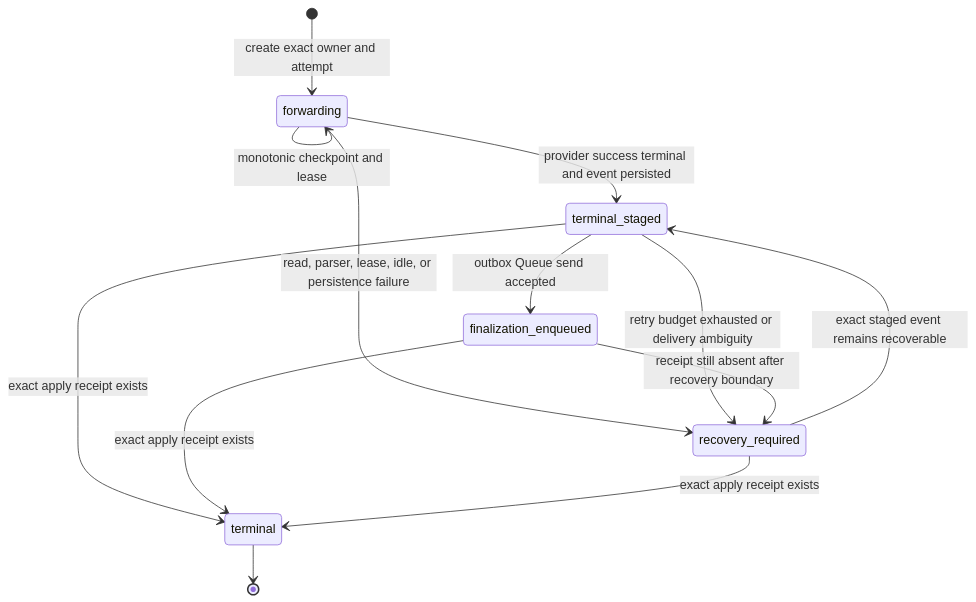
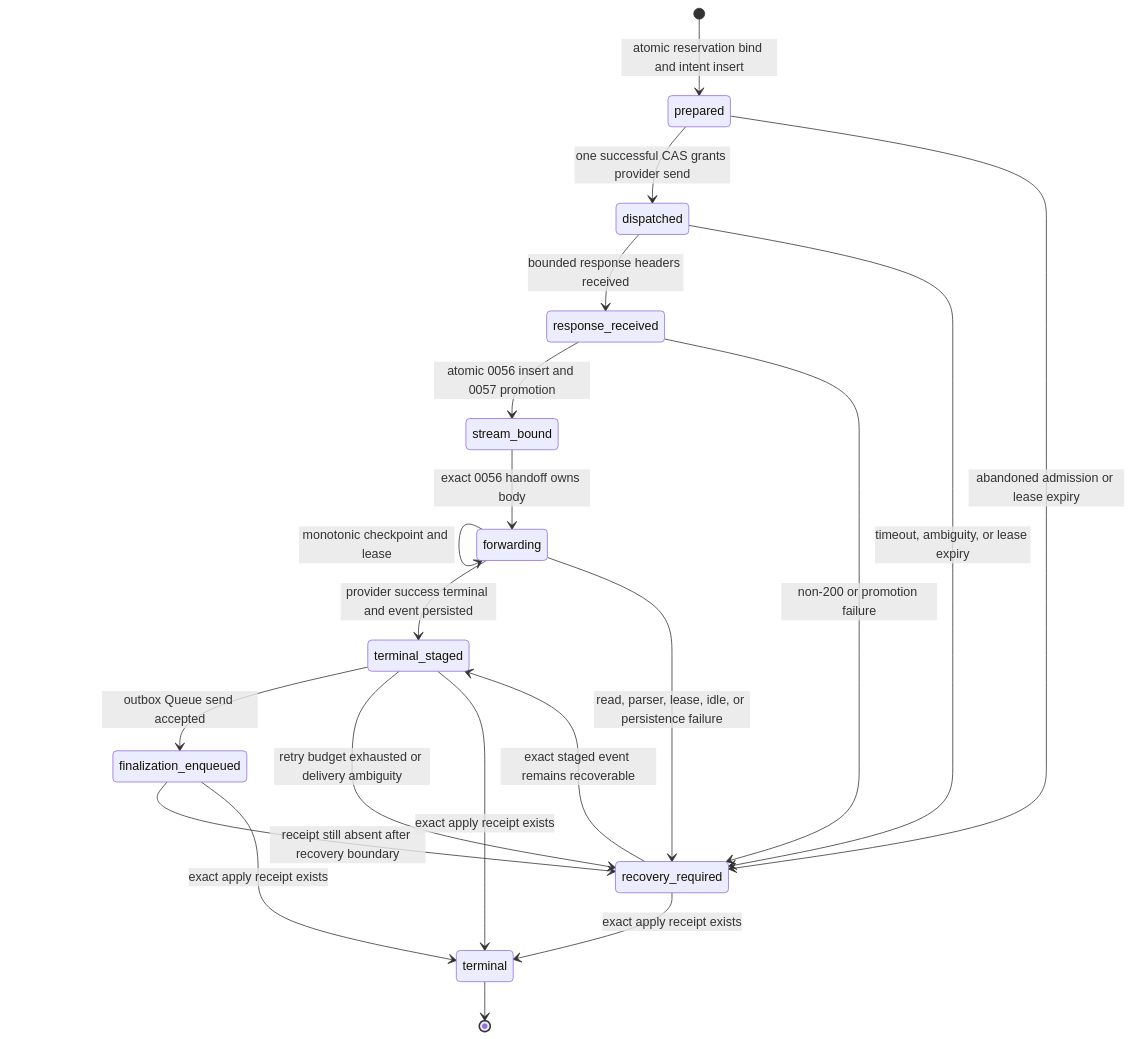
The diagram in docs/relay-http-stream-durable-handoff.md (cinagroup/cinatoken-rust), drawn with Mermaid before and after one commit. The commit also changed other lines of this file and 25 other files, not shown here.

````diff
--- a/docs/relay-http-stream-durable-handoff.md
+++ b/docs/relay-http-stream-durable-handoff.md
@@ -69,15 +73,22 @@
 ```mermaid
 stateDiagram-v2
-    [*] --> forwarding: create exact owner and attempt
+    [*] --> prepared: atomic reservation bind and intent insert
+    prepared --> dispatched: one successful CAS grants provider send
+    prepared --> recovery_required: abandoned admission or lease expiry
+    dispatched --> response_received: bounded response headers received
+    dispatched --> recovery_required: timeout, ambiguity, or lease expiry
+    response_received --> stream_bound: atomic 0056 insert and 0057 promotion
+    response_received --> recovery_required: non-200 or promotion failure
+    stream_bound --> forwarding: exact 0056 handoff owns body
     forwarding --> forwarding: monotonic checkpoint and lease
     forwarding --> terminal_staged: provider success terminal and event persisted
     forwarding --> recovery_required: read, parser, lease, idle, or persistence failure
     terminal_staged --> finalization_enqueued: outbox Queue send accepted
     terminal_staged --> recovery_required: retry budget exhausted or delivery ambiguity
     finalization_enqueued --> recovery_required: receipt still absent after recovery boundary
     recovery_required --> terminal_staged: exact staged event remains recoverable
     terminal_staged --> terminal: exact apply receipt exists
     finalization_enqueued --> terminal: exact apply receipt exists
     recovery_required --> terminal: exact apply receipt exists
     terminal --> [*]
 ```
````
